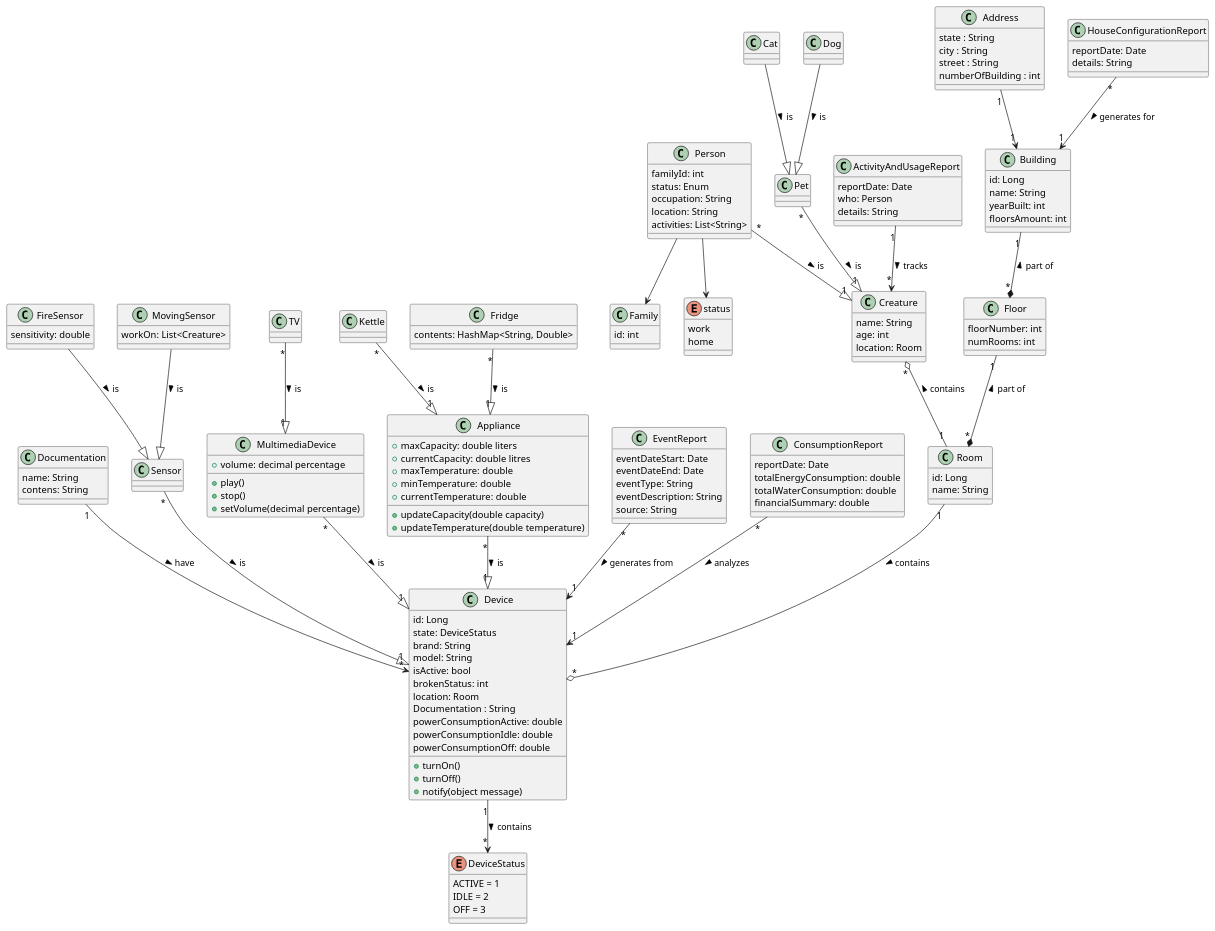
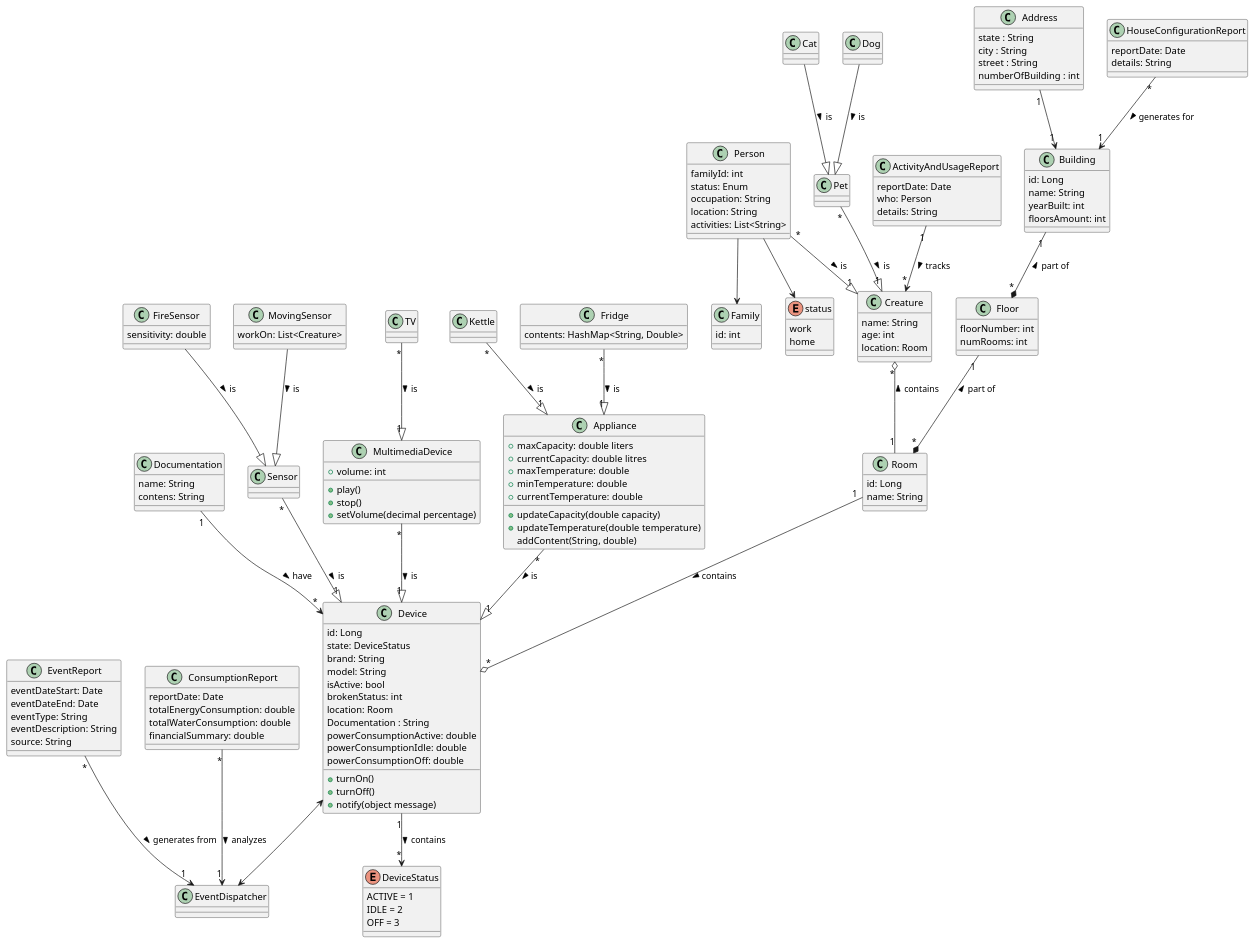
One commit to ofgot/SmartHome changed the diagram in docs/diagram.puml. Above: the diagram before and after it, drawn with PlantUML.

Commit message:
feat(docs): update diagram

```diff
--- a/docs/diagram.puml
+++ b/docs/diagram.puml
@@ -1,185 +1,193 @@
 @startuml
 class "Building" as bl {
     id: Long
     name: String
     yearBuilt: int
     floorsAmount: int
 }
 
 class Address {
     state : String
     city : String
     street : String
     numberOfBuilding : int
 }
 
 Address "1" --> "1" bl
 
 class "Floor" as fl {
     floorNumber: int
     numRooms: int
 }
 
 class "Room" as ro {
     id: Long
     name: String
 }
 
 class "Documentation" {
     name: String
     contens: String
 }
 
 class "Device" as de {
     id: Long
     state: DeviceStatus
     brand: String
     model: String
     isActive: bool
     brokenStatus: int
     location: Room
     Documentation : String
     powerConsumptionActive: double
     powerConsumptionIdle: double
     powerConsumptionOff: double
     +turnOn()
     +turnOff()
     +notify(object message)
 }
 
+
+
 enum "DeviceStatus" as ds {
     ACTIVE = 1
     IDLE = 2
     OFF = 3
 }
 
 class "Sensor" as se {
 
 }
 
 class "FireSensor" as fise {
     sensitivity: double
 }
 
 class "MovingSensor" as mose {
     workOn: List<Creature>
 }
 
 class "MultimediaDevice" as md {
-    +volume: decimal percentage
+    +volume: int
     +play()
     +stop()
     +setVolume(decimal percentage)
 }
 
 class "Appliance" as ad {
     +maxCapacity: double liters
     +currentCapacity: double litres
     +maxTemperature: double
     +minTemperature: double
     +currentTemperature: double
     +updateCapacity(double capacity)
     +updateTemperature(double temperature)
+    addContent(String, double)
 }
 
 class "TV" as tv {
 }
 
 class "Kettle" as ket {
 }
 
 class "Fridge" as frid {
     contents: HashMap<String, Double>
 }
 
 class "Creature" as cret {
     name: String
     age: int
     location: Room
 }
 
 class "Person" as pers {
     familyId: int
     status: Enum
     occupation: String
     location: String
     activities: List<String>
 }
 
 class Family {
     id: int
 }
 pers --> Family
 
 Enum status {
     work
     home
 }
 
 class "Pet" as pet{
 }
 
 class "Cat" as cat {
 }
 
 class "Dog" as dog {
 }
 
 class "HouseConfigurationReport" {
     reportDate: Date
     details: String
 }
 
 class "EventReport" {
     eventDateStart: Date
     eventDateEnd: Date
     eventType: String
     eventDescription: String
     source: String
 }
+
+
 class "ActivityAndUsageReport" {
     reportDate: Date
     who: Person
     details: String
 }
 
 class "ConsumptionReport" {
     reportDate: Date
     totalEnergyConsumption: double
     totalWaterConsumption: double
     financialSummary: double
 }
 
+class EventDispatcher {}
+
 HouseConfigurationReport "*" --> "1" bl : generates for >
-EventReport "*" --> "1" de : generates from >
+EventReport "*" --> "1" EventDispatcher : generates from >
 ActivityAndUsageReport "1" --> "*" cret : tracks >
-ConsumptionReport "*" --> "1" de : analyzes >
+ConsumptionReport "*" --> "1" EventDispatcher : analyzes >
+de <--> EventDispatcher
 
 cret "*" o-- "1" ro : contains <
 
 pers "*" --|> "1" cret : is >
 pers --> status
 pet "*" --|> "1" cret : is >
 
 cat  --|> pet : is >
 dog --|> pet : is >
 
 bl "1" --* "*" fl : part of <
 
 fl "1" --* "*" ro : part of <
 
 ro "1" --o "*" de : contains >
 Documentation "1" --> "*" de : have >
 de "1" --> "*" ds : contains >
 
 md "*" --|> "1" de : is >
 ad "*" --|> "1" de : is >
 
 tv "*" --|> "1" md : is >
 ket "*" --|> "1" ad : is >
 frid "*" --|> "1" ad : is >
 
 se "*" --|> "1" de : is >
 fise --|> se : is >
 mose --|> se : is >
 @enduml
```
